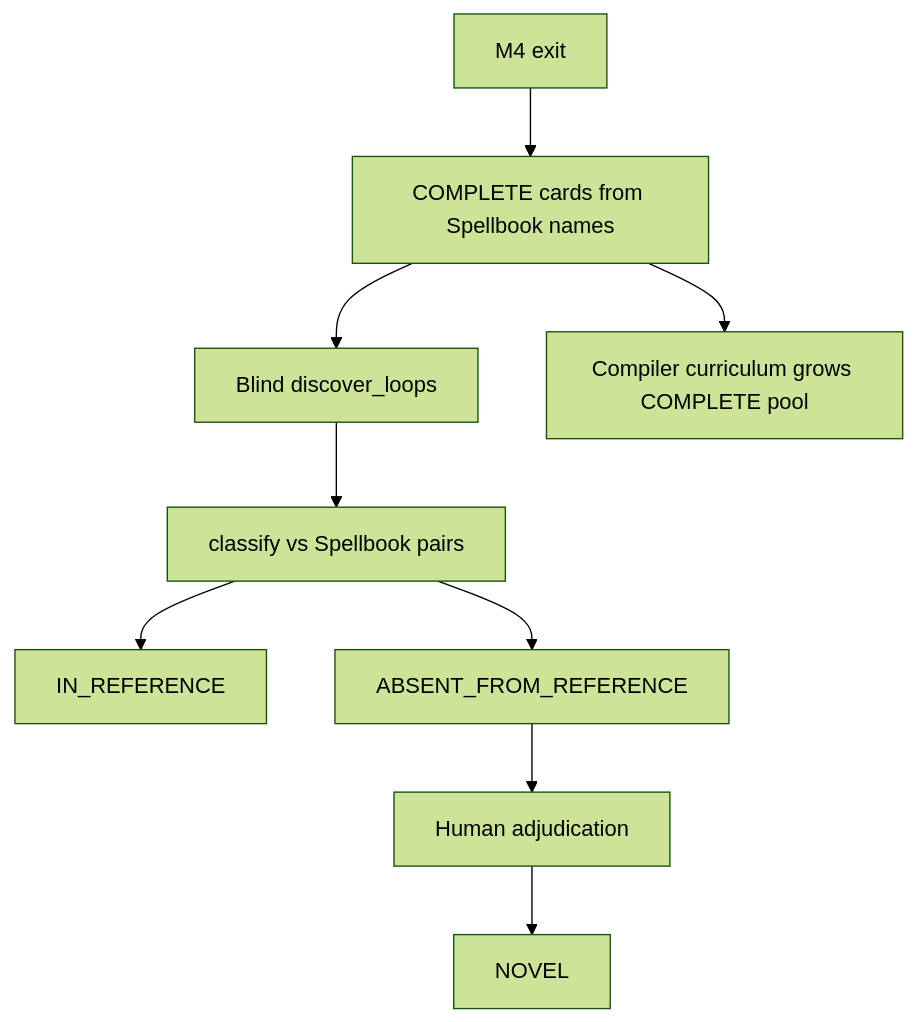
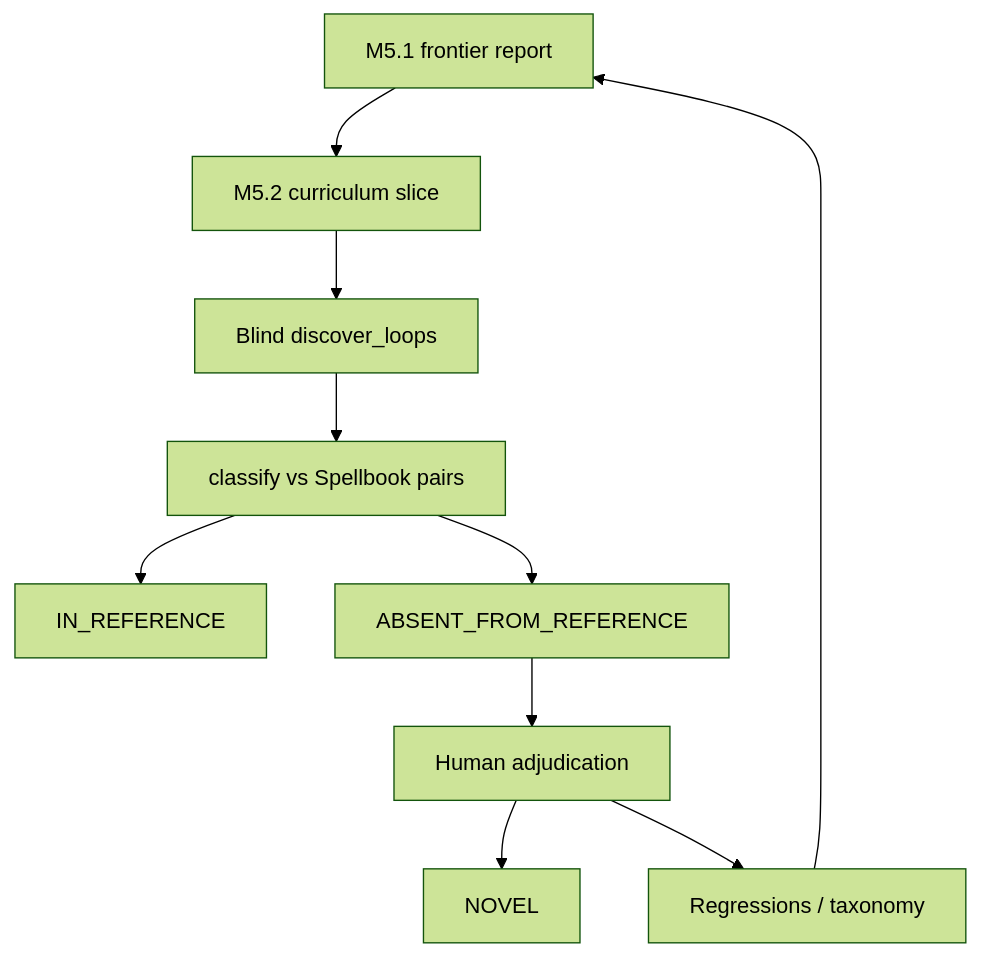
Before and after one commit to witzbeck/mtg-loop-engine: the diagram in docs/runbooks/M5_NOVEL_CANDIDATES.md, drawn with Mermaid (forest theme). The commit also changed other lines of this file and 7 other files, not shown here.

First line of the commit message:
Add M5.1 compiler frontier to rank COMPLETE unlock value. (#43)

````diff
--- a/docs/runbooks/M5_NOVEL_CANDIDATES.md
+++ b/docs/runbooks/M5_NOVEL_CANDIDATES.md
@@ -11,11 +11,12 @@
 ```mermaid
 graph TB;
-  m4exit[M4 exit] --> pool[COMPLETE cards from Spellbook names];
-  pool --> discover[Blind discover_loops];
+  frontier[M5.1 frontier report] --> slice[M5.2 curriculum slice];
+  slice --> discover[Blind discover_loops];
   discover --> label[classify vs Spellbook pairs];
   label --> inRef[IN_REFERENCE];
   label --> absent[ABSENT_FROM_REFERENCE];
   absent --> human[Human adjudication];
   human --> novel[NOVEL];
-  pool --> curriculum[Compiler curriculum grows COMPLETE pool];
+  human --> contracts[Regressions / taxonomy];
+  contracts --> frontier;
 ```
````
